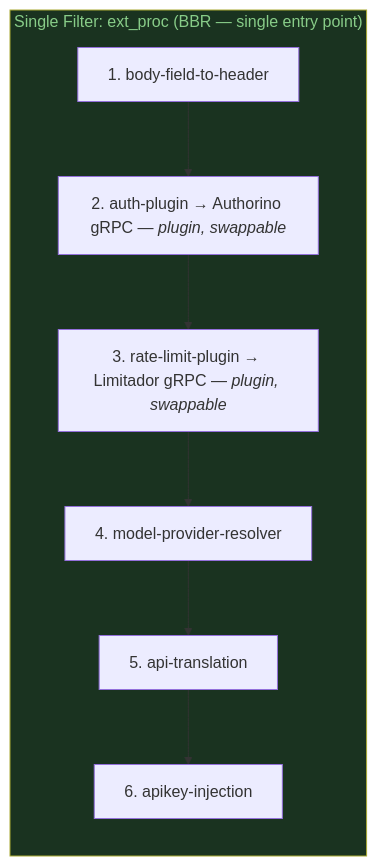
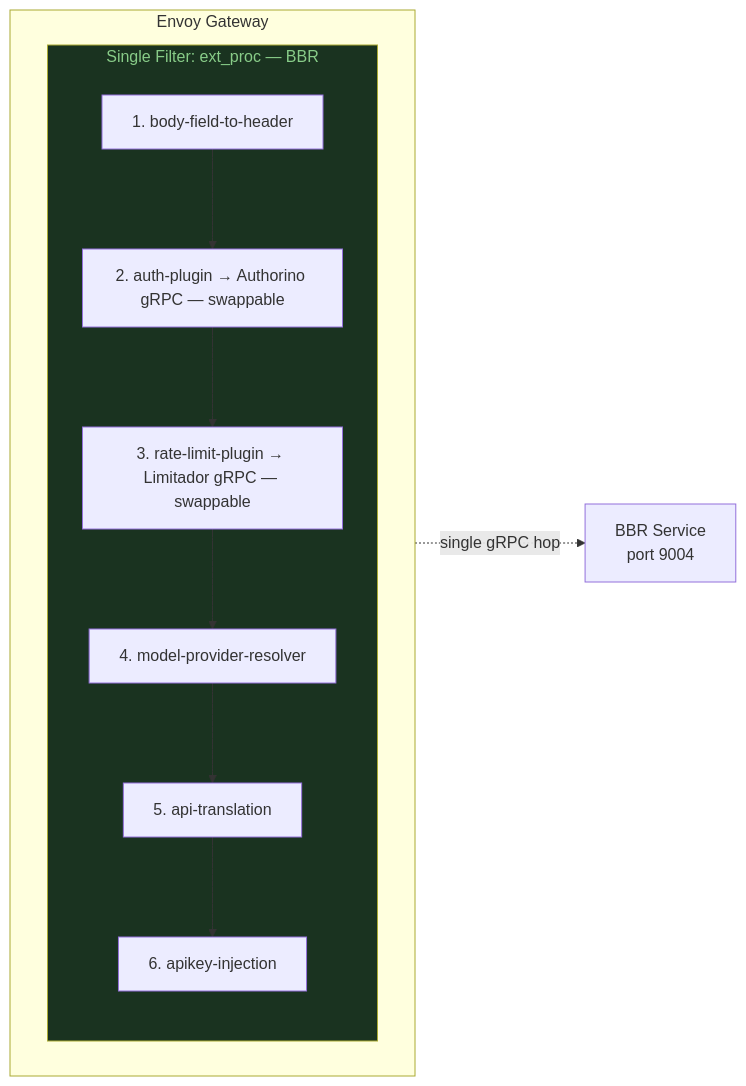
The fourth of 11 diagrams in unified-gateway-bbr-proposal/proposal.md (noyitz/maas-designs), drawn with Mermaid before and after one commit. The commit also changed other lines of this file, not shown here.

Commit message:
Fix hop labels: in-process between Envoy filters, gRPC only to external services. Convert problem statement diagram to Mermaid.

````diff
--- a/unified-gateway-bbr-proposal/proposal.md
+++ b/unified-gateway-bbr-proposal/proposal.md
@@ -184,15 +201,19 @@
 ```mermaid
 graph LR
-    subgraph filter1["Single Filter: ext_proc (BBR — single entry point)"]
-        direction TB
-        P1["1. body-field-to-header"]
-        P2["2. auth-plugin → Authorino gRPC — <i>plugin, swappable</i>"]
-        P3["3. rate-limit-plugin → Limitador gRPC — <i>plugin, swappable</i>"]
-        P4["4. model-provider-resolver"]
-        P5["5. api-translation"]
-        P6["6. apikey-injection"]
-        P1 --> P2 --> P3 --> P4 --> P5 --> P6
+    subgraph envoy["Envoy Gateway"]
+        direction LR
+        subgraph filter1["Single Filter: ext_proc — BBR"]
+            direction TB
+            P1["1. body-field-to-header"]
+            P2["2. auth-plugin → Authorino gRPC — swappable"]
+            P3["3. rate-limit-plugin → Limitador gRPC — swappable"]
+            P4["4. model-provider-resolver"]
+            P5["5. api-translation"]
+            P6["6. apikey-injection"]
+            P1 --> P2 --> P3 --> P4 --> P5 --> P6
+        end
     end
+    filter1 -.->|single gRPC hop| ExtBBR["BBR Service<br/>port 9004"]
 
     style filter1 fill:#1a3320,color:#88cc88
 ```
````
